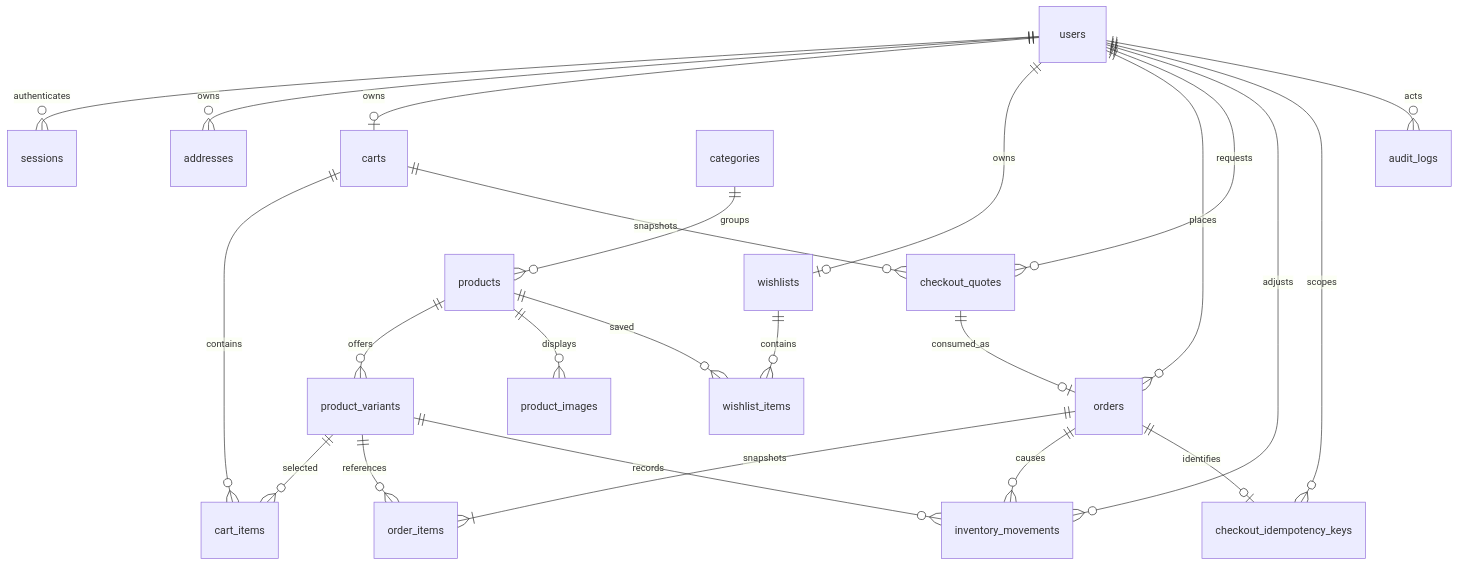
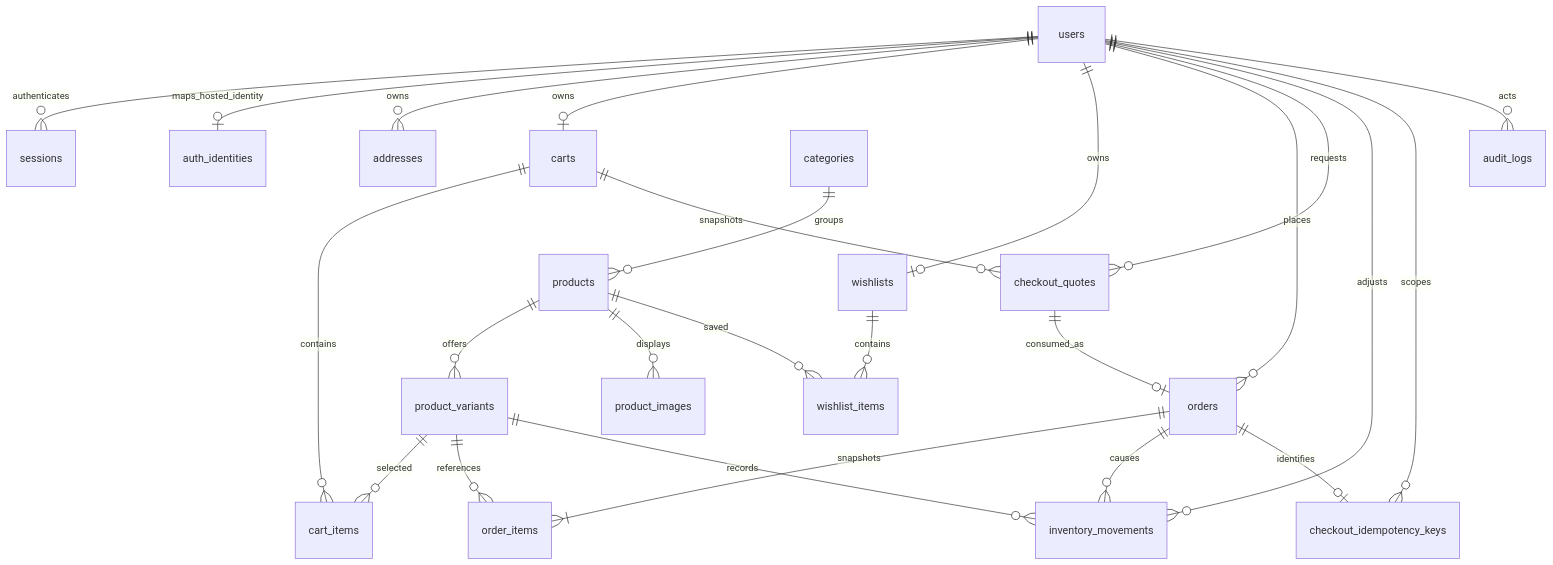
One commit to Shoaibworkspace/commercecore changed the diagram in docs/architecture.md. Above: the diagram before and after it, drawn with Mermaid. The commit also changed other lines of this file and 387 other files, not shown here.

````diff
--- a/docs/architecture.md
+++ b/docs/architecture.md
@@ -11,26 +11,27 @@
 ```mermaid
 erDiagram
   users ||--o{ sessions : authenticates
+  users ||--o| auth_identities : maps_hosted_identity
   users ||--o{ addresses : owns
   users ||--o| carts : owns
   carts ||--o{ cart_items : contains
   users ||--o| wishlists : owns
   wishlists ||--o{ wishlist_items : contains
   categories ||--o{ products : groups
   products ||--o{ product_variants : offers
   products ||--o{ product_images : displays
   product_variants ||--o{ cart_items : selected
   products ||--o{ wishlist_items : saved
   users ||--o{ orders : places
   users ||--o{ checkout_quotes : requests
   carts ||--o{ checkout_quotes : snapshots
   checkout_quotes ||--o| orders : consumed_as
   orders ||--|{ order_items : snapshots
   product_variants ||--o{ order_items : references
   product_variants ||--o{ inventory_movements : records
   orders ||--o{ inventory_movements : causes
   users ||--o{ inventory_movements : adjusts
   users ||--o{ checkout_idempotency_keys : scopes
   orders ||--o| checkout_idempotency_keys : identifies
   users ||--o{ audit_logs : acts
 ```
````
